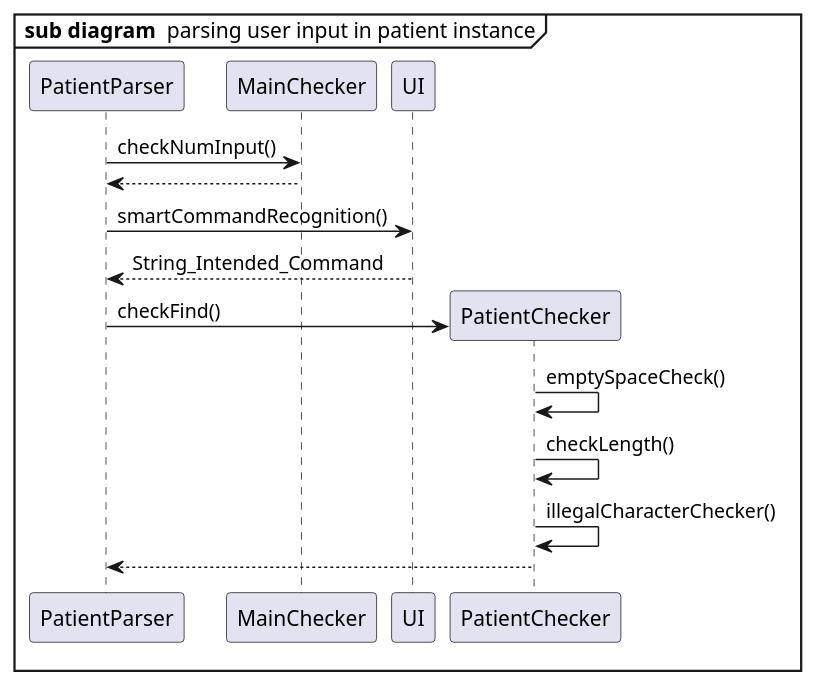
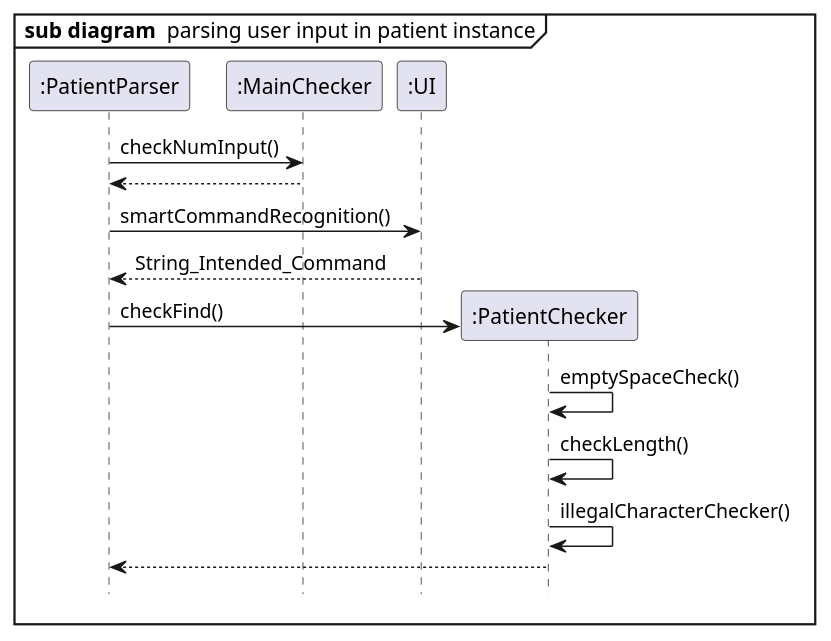
Before and after one commit to nus-cs2113-AY2021S2/tp: the diagram in docs/diagrams/PatientFindParseSD.puml, drawn with PlantUML. The commit also changed 5 other files, not shown here.

Commit message:
add details to DG and improve diagrams.

```diff
--- a/docs/diagrams/PatientFindParseSD.puml
+++ b/docs/diagrams/PatientFindParseSD.puml
@@ -1,25 +1,32 @@
 @startuml
+
+hide footbox
+
+participant ":PatientParser"
+participant ":MainChecker"
+participant ":UI"
+participant ":PatientChecker"
 
 mainframe <b> sub diagram </b> parsing user input in patient instance
 
-    PatientParser -> MainChecker: checkNumInput()
+    ":PatientParser" -> ":MainChecker": checkNumInput()
 
-    MainChecker --> PatientParser
+    ":MainChecker" --> ":PatientParser"
 
-    PatientParser -> UI :smartCommandRecognition()
+    ":PatientParser" -> ":UI" :smartCommandRecognition()
 
-    UI --> PatientParser :String_Intended_Command
+    ":UI" --> ":PatientParser" :String_Intended_Command
 
-    create PatientChecker
+    create ":PatientChecker"
 
-    PatientParser -> PatientChecker : checkFind()
+    ":PatientParser" -> ":PatientChecker" : checkFind()
 
-    PatientChecker -> PatientChecker : emptySpaceCheck()
+    ":PatientChecker" -> ":PatientChecker" : emptySpaceCheck()
 
-    PatientChecker -> PatientChecker : checkLength()
+    ":PatientChecker" -> ":PatientChecker" : checkLength()
 
-    PatientChecker -> PatientChecker : illegalCharacterChecker()
+    ":PatientChecker" -> ":PatientChecker" : illegalCharacterChecker()
 
-    PatientChecker --> PatientParser
+    ":PatientChecker" --> ":PatientParser"
 
 @enduml
```
